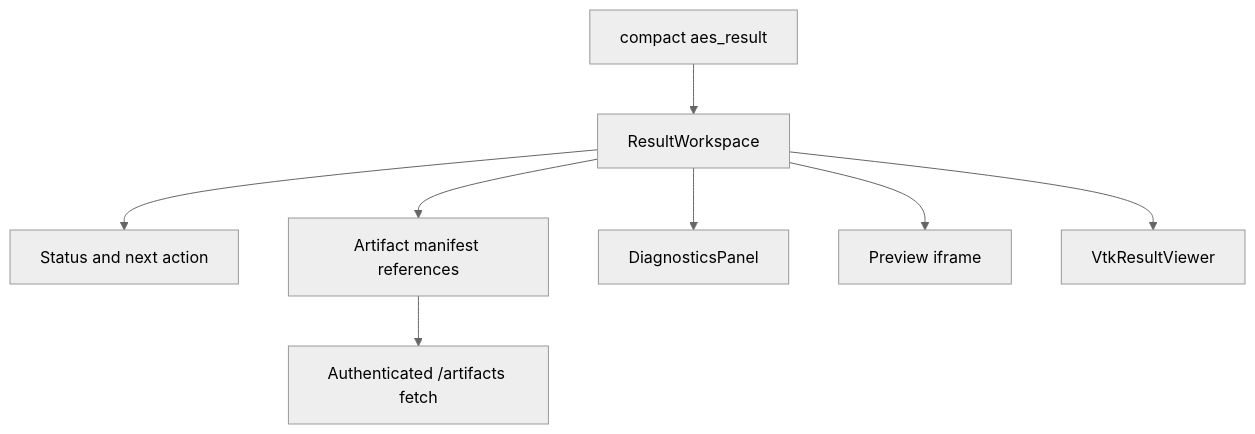
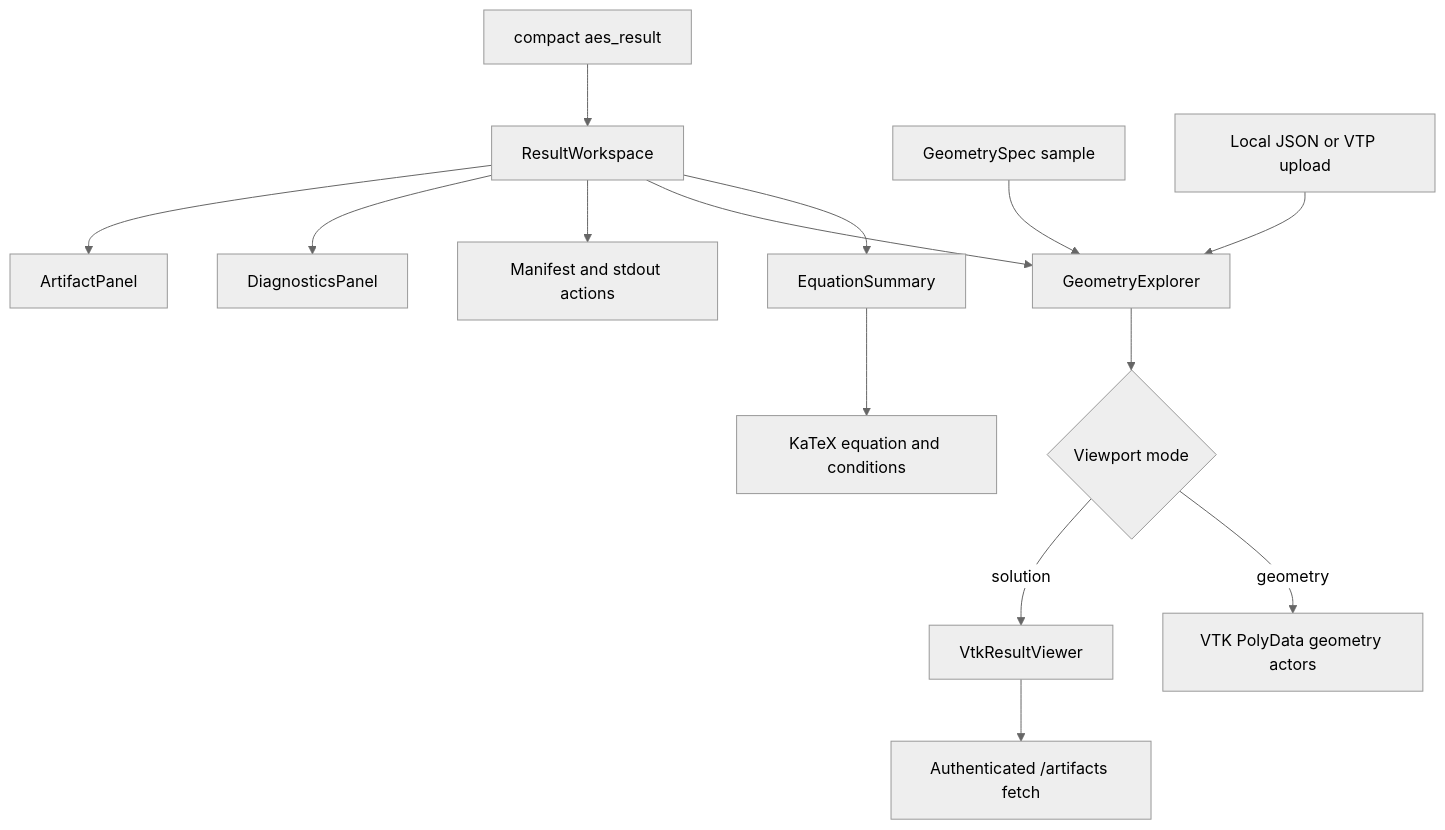
The sixth of 7 diagrams in web-ui/architecture.md (RadmirG/AES), drawn with Mermaid (neutral theme) before and after one commit. The commit also changed other lines of this file and 40 other files, not shown here.

````diff
--- a/web-ui/architecture.md
+++ b/web-ui/architecture.md
@@ -149,10 +157,16 @@
 ```mermaid
 flowchart TD
     A["compact aes_result"] --> B["ResultWorkspace"]
-    B --> C["Status and next action"]
-    B --> D["Artifact manifest references"]
-    D --> H["Authenticated /artifacts fetch"]
-    B --> E["DiagnosticsPanel"]
-    B --> F["Preview iframe"]
-    B --> G["VtkResultViewer"]
+    B --> C["EquationSummary"]
+    C --> D["KaTeX equation and conditions"]
+    B --> E["GeometryExplorer"]
+    S["GeometrySpec sample"] --> E
+    U["Local JSON or VTP upload"] --> E
+    E --> F{"Viewport mode"}
+    F -->|geometry| G["VTK PolyData geometry actors"]
+    F -->|solution| H["VtkResultViewer"]
+    B --> I["Manifest and stdout actions"]
+    B --> J["DiagnosticsPanel"]
+    B --> K["ArtifactPanel"]
+    H --> L["Authenticated /artifacts fetch"]
 ```
````
